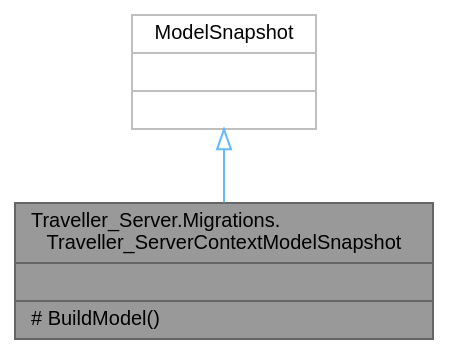
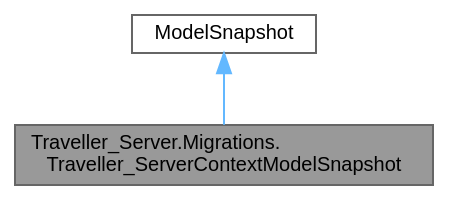
Before and after one commit to VenelinArgirov/manual-tecnico.github.io: the diagram in Servidor/class_traveller___server_1_1_migrations_1_1_traveller___server_context_model_snapshot__coll__graph.dot, drawn with Graphviz. The commit also changed 819 other files, not shown here.

```diff
--- a/Servidor/class_traveller___server_1_1_migrations_1_1_traveller___server_context_model_snapshot__coll__graph.dot
+++ b/Servidor/class_traveller___server_1_1_migrations_1_1_traveller___server_context_model_snapshot__coll__graph.dot
@@ -1,10 +1,10 @@
 digraph "Traveller_Server.Migrations.Traveller_ServerContextModelSnapshot"
 {
  // LATEX_PDF_SIZE
   bgcolor="transparent";
   edge [fontname=Helvetica,fontsize=10,labelfontname=Helvetica,labelfontsize=10];
   node [fontname=Helvetica,fontsize=10,shape=box,height=0.2,width=0.4];
-  Node1 [shape=record,label="{Traveller_Server.Migrations.\lTraveller_ServerContextModelSnapshot\n||# BuildModel()\l}",height=0.2,width=0.4,color="gray40", fillcolor="grey60", style="filled", fontcolor="black",tooltip=" "];
-  Node2 -> Node1 [dir="back",color="steelblue1",style="solid",arrowtail="onormal"];
-  Node2 [shape=record,label="{ModelSnapshot\n||}",height=0.2,width=0.4,color="grey75", fillcolor="white", style="filled",tooltip=" "];
+  Node1 [label="Traveller_Server.Migrations.\lTraveller_ServerContextModelSnapshot",height=0.2,width=0.4,color="gray40", fillcolor="grey60", style="filled", fontcolor="black",tooltip=" "];
+  Node2 -> Node1 [dir="back",color="steelblue1",style="solid"];
+  Node2 [label="ModelSnapshot",height=0.2,width=0.4,color="gray40", fillcolor="white", style="filled",tooltip=" "];
 }
```
